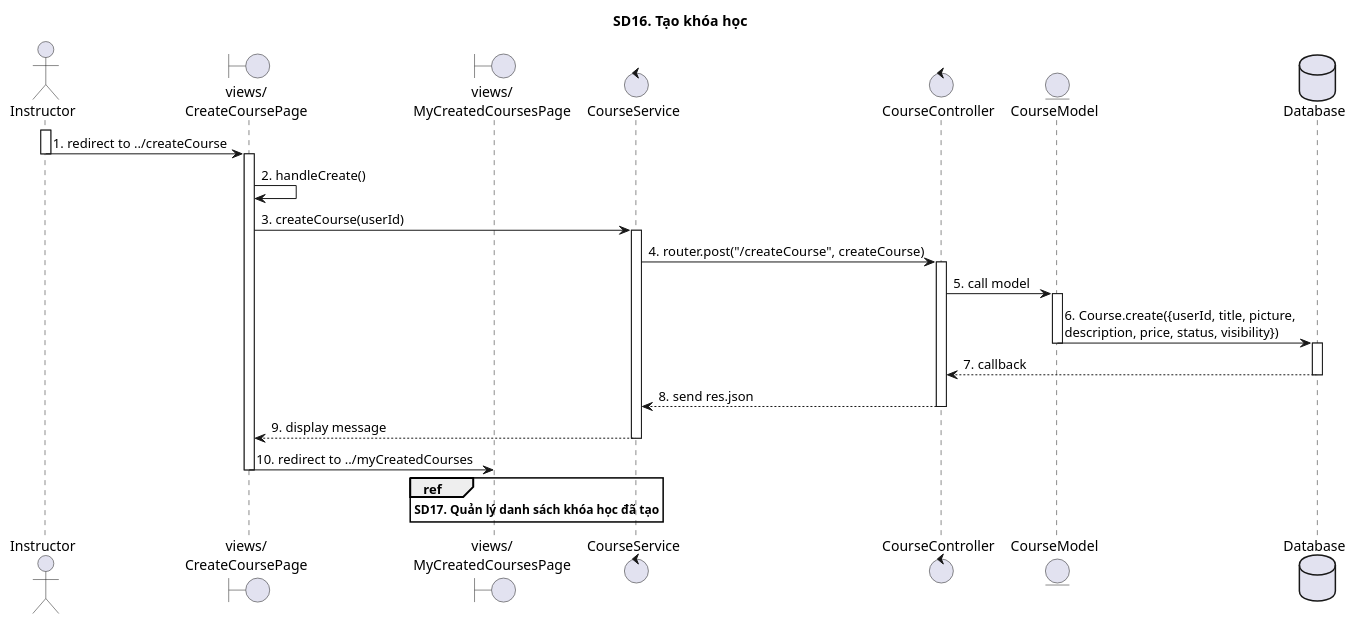
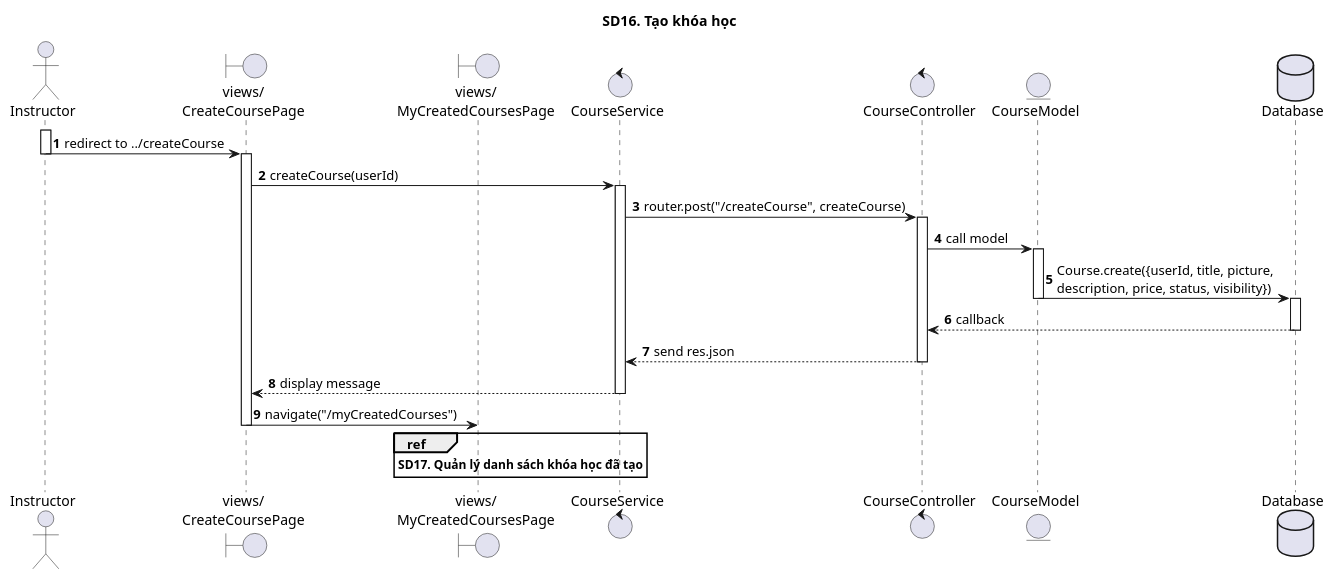
The diagram in SequenceDiagrams/CNPMHDT/sd16.puml (The-Cookies-Team/UML-Diagrams), drawn with PlantUML before and after one commit. The commit also changed 5 other files, not shown here.

```diff
--- a/SequenceDiagrams/CNPMHDT/sd16.puml
+++ b/SequenceDiagrams/CNPMHDT/sd16.puml
@@ -1,39 +1,40 @@
-@startuml
+@startuml SQ
+
+autonumber
 
 title SD16. Tạo khóa học
 
 actor "Instructor" as Actor
 boundary "views/\nCreateCoursePage" as CreateCoursePage
 boundary "views/\nMyCreatedCoursesPage" as MyCreatedCoursesPage
 control "CourseService"
 control "CourseController"
 entity "CourseModel"
 database "Database" as Database
 
 activate Actor
-Actor -> CreateCoursePage: 1. redirect to ../createCourse
+Actor -> CreateCoursePage: redirect to ../createCourse
 deactivate Actor
 activate CreateCoursePage
-CreateCoursePage -> CreateCoursePage: 2. handleCreate()
-CreateCoursePage -> CourseService: 3. createCourse(userId)
+CreateCoursePage -> CourseService: createCourse(userId)
 activate CourseService
-CourseService -> CourseController: 4. router.post("/createCourse", createCourse)
+CourseService -> CourseController: router.post("/createCourse", createCourse)
 activate CourseController
-CourseController -> CourseModel: 5. call model
+CourseController -> CourseModel: call model
 activate CourseModel
-CourseModel -> Database: 6. Course.create({userId, title, picture,\ndescription, price, status, visibility})
+CourseModel -> Database: Course.create({userId, title, picture,\ndescription, price, status, visibility})
 deactivate CourseModel
 activate Database
-Database --> CourseController: 7. callback
+Database --> CourseController: callback
 deactivate Database
-CourseController --> CourseService: 8. send res.json
+CourseController --> CourseService: send res.json
 deactivate CourseController
-CourseService --> CreateCoursePage: 9. display message
+CourseService --> CreateCoursePage: display message
 deactivate CourseService
-CreateCoursePage -> MyCreatedCoursesPage: 10. redirect to ../myCreatedCourses
+CreateCoursePage -> MyCreatedCoursesPage: navigate("/myCreatedCourses")
 deactivate CreateCoursePage
 ref over MyCreatedCoursesPage
 **SD17. Quản lý danh sách khóa học đã tạo**
 end ref
 
 @enduml
```
